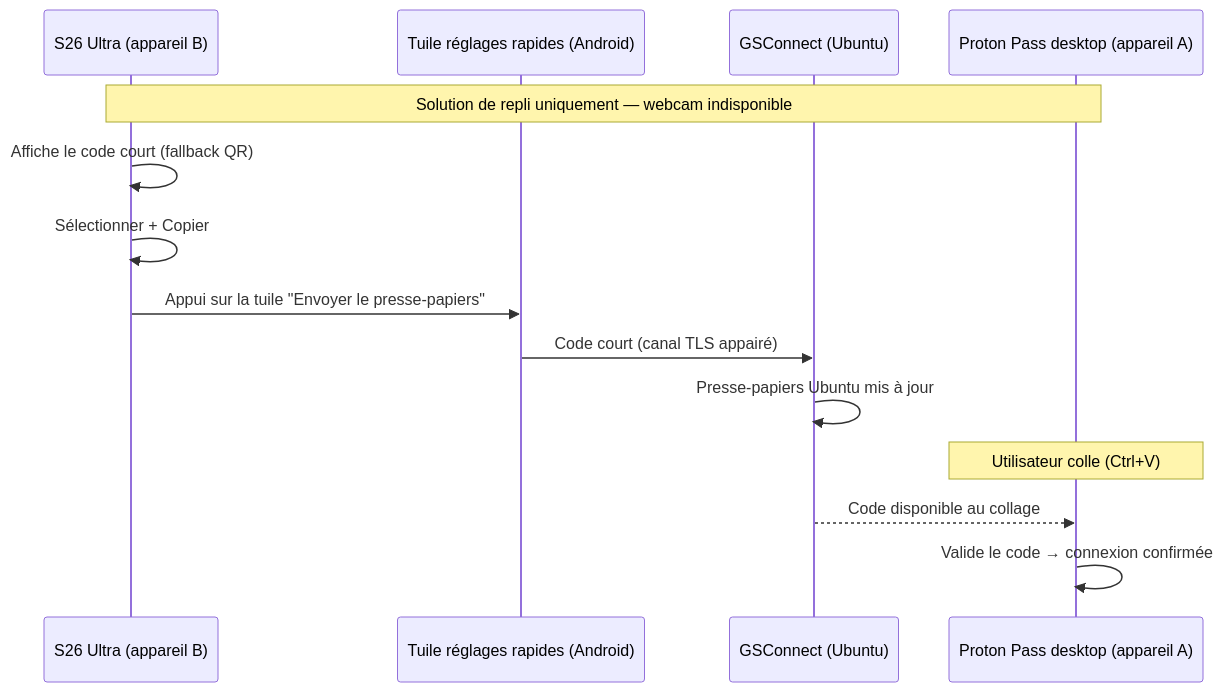
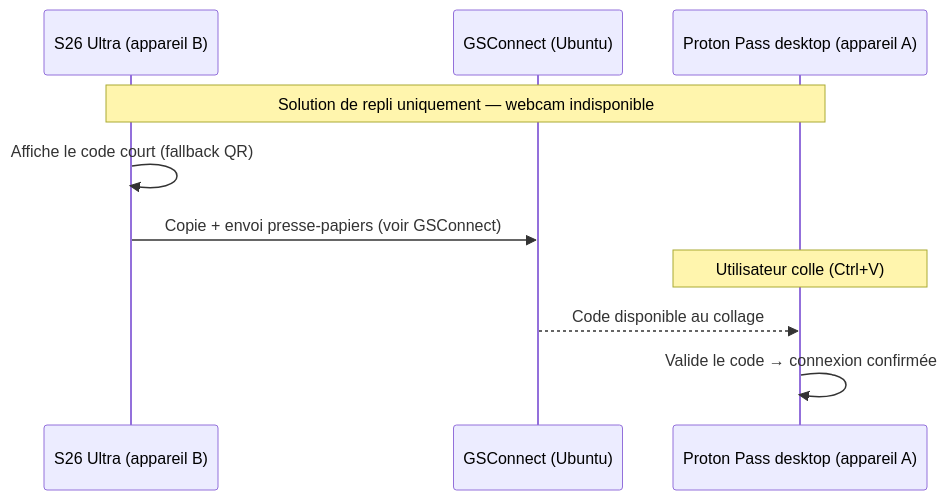
One commit to namnetes/alm_notes changed the second of 5 diagrams in docs/securite/proton/configuration-android.md. Above: the diagram before and after it, drawn with Mermaid. The commit also changed other lines of this file and 1 other file, not shown here.

First line of the commit message:
docs(outils): make gsconnect.md canonical for clipboard sync and remote input

````diff
--- a/docs/securite/proton/configuration-android.md
+++ b/docs/securite/proton/configuration-android.md
@@ -182,17 +133,13 @@
 ```mermaid
 sequenceDiagram
     participant Tel as S26 Ultra (appareil B)
-    participant QS as Tuile réglages rapides (Android)
     participant GSC as GSConnect (Ubuntu)
     participant Pass as Proton Pass desktop (appareil A)
 
     Note over Tel,Pass: Solution de repli uniquement — webcam indisponible
     Tel->>Tel: Affiche le code court (fallback QR)
-    Tel->>Tel: Sélectionner + Copier
-    Tel->>QS: Appui sur la tuile "Envoyer le presse-papiers"
-    QS->>GSC: Code court (canal TLS appairé)
-    GSC->>GSC: Presse-papiers Ubuntu mis à jour
+    Tel->>GSC: Copie + envoi presse-papiers (voir GSConnect)
     Note over Pass: Utilisateur colle (Ctrl+V)
     GSC-->>Pass: Code disponible au collage
     Pass->>Pass: Valide le code → connexion confirmée
 ```
````
